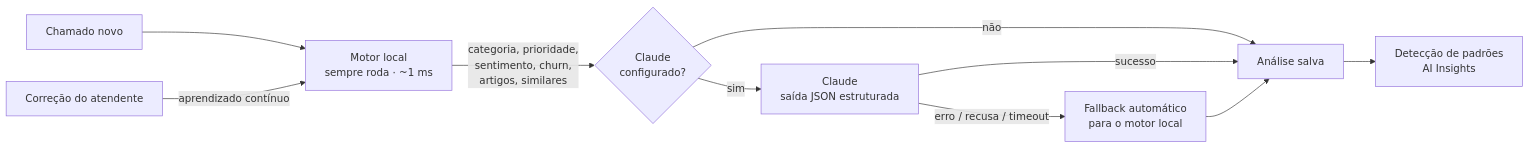
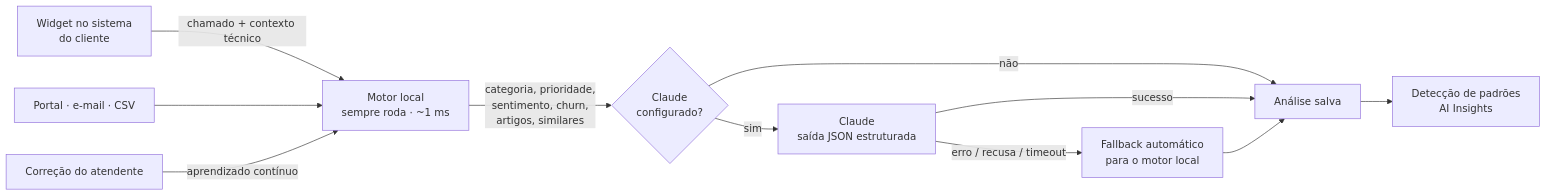
Before and after one commit to ThaysaCosta/sentria: the diagram in README.md, drawn with Mermaid. The commit also changed other lines of this file and 41 other files, not shown here.

First line of the commit message:
Widget incorporável, contexto técnico, deploy e CI

````diff
--- a/README.md
+++ b/README.md
@@ -97,11 +150,12 @@
 ```mermaid
 flowchart LR
-    A[Chamado novo] --> L[Motor local<br/>sempre roda · ~1 ms]
+    W[Widget no sistema<br/>do cliente] -->|chamado + contexto técnico| L
+    A[Portal · e-mail · CSV] --> L[Motor local<br/>sempre roda · ~1 ms]
     L -->|categoria, prioridade,<br/>sentimento, churn,<br/>artigos, similares| M{Claude<br/>configurado?}
     M -- não --> R[Análise salva]
     M -- sim --> C[Claude<br/>saída JSON estruturada]
     C -- sucesso --> R
     C -- erro / recusa / timeout --> F[Fallback automático<br/>para o motor local] --> R
     R --> I[Detecção de padrões<br/>AI Insights]
     H[Correção do atendente] -->|aprendizado contínuo| L
 ```
````
